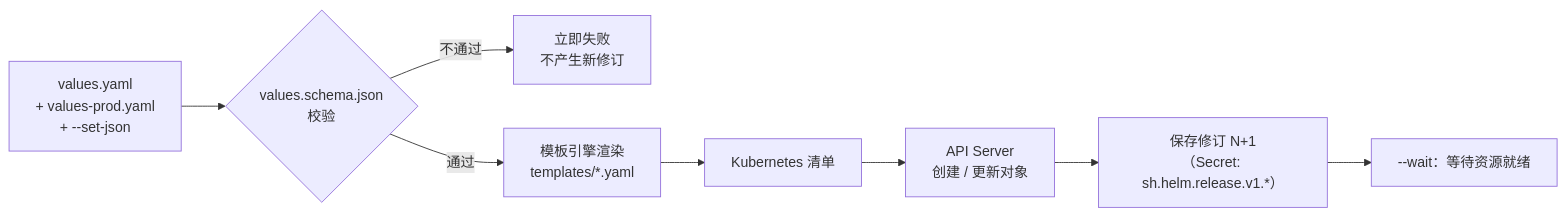
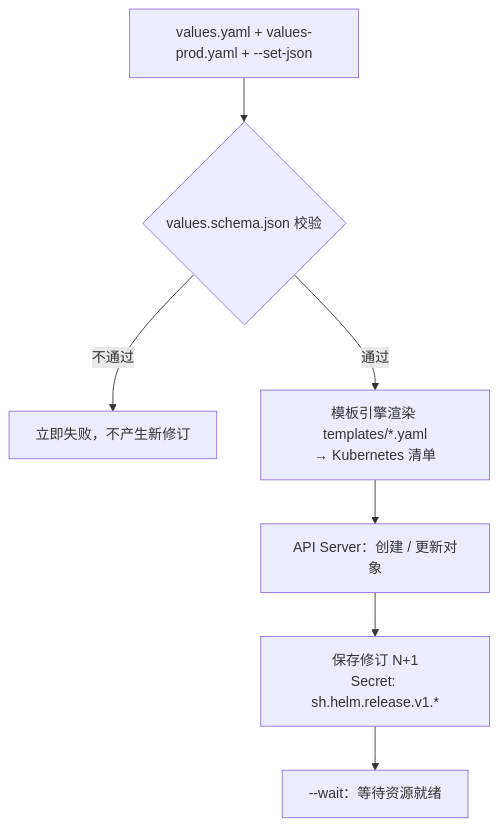
The second of 2 diagrams in manual/chapters/05-p3-helm.md (miku-wwl/devops-delivery), drawn with Mermaid before and after one commit. The commit also changed other lines of this file and 24 other files, not shown here.

````diff
--- a/manual/chapters/05-p3-helm.md
+++ b/manual/chapters/05-p3-helm.md
@@ -59,10 +72,9 @@
 ```{.mermaid caption="helm upgrade 的工作流程"}
-flowchart LR
-  V["values.yaml<br/>+ values-prod.yaml<br/>+ --set-json"] --> S{"values.schema.json<br/>校验"}
-  S -- 不通过 --> X["立即失败<br/>不产生新修订"]
-  S -- 通过 --> T["模板引擎渲染<br/>templates/*.yaml"]
-  T --> M["Kubernetes 清单"]
-  M --> API["API Server<br/>创建 / 更新对象"]
-  API --> R["保存修订 N+1<br/>（Secret: sh.helm.release.v1.*）"]
+flowchart TB
+  V["values.yaml + values-prod.yaml + --set-json"] --> S{"values.schema.json 校验"}
+  S -- 不通过 --> X["立即失败，不产生新修订"]
+  S -- 通过 --> T["模板引擎渲染 templates/*.yaml<br/>→ Kubernetes 清单"]
+  T --> API["API Server：创建 / 更新对象"]
+  API --> R["保存修订 N+1<br/>Secret: sh.helm.release.v1.*"]
   R --> W["--wait：等待资源就绪"]
 ```
````
